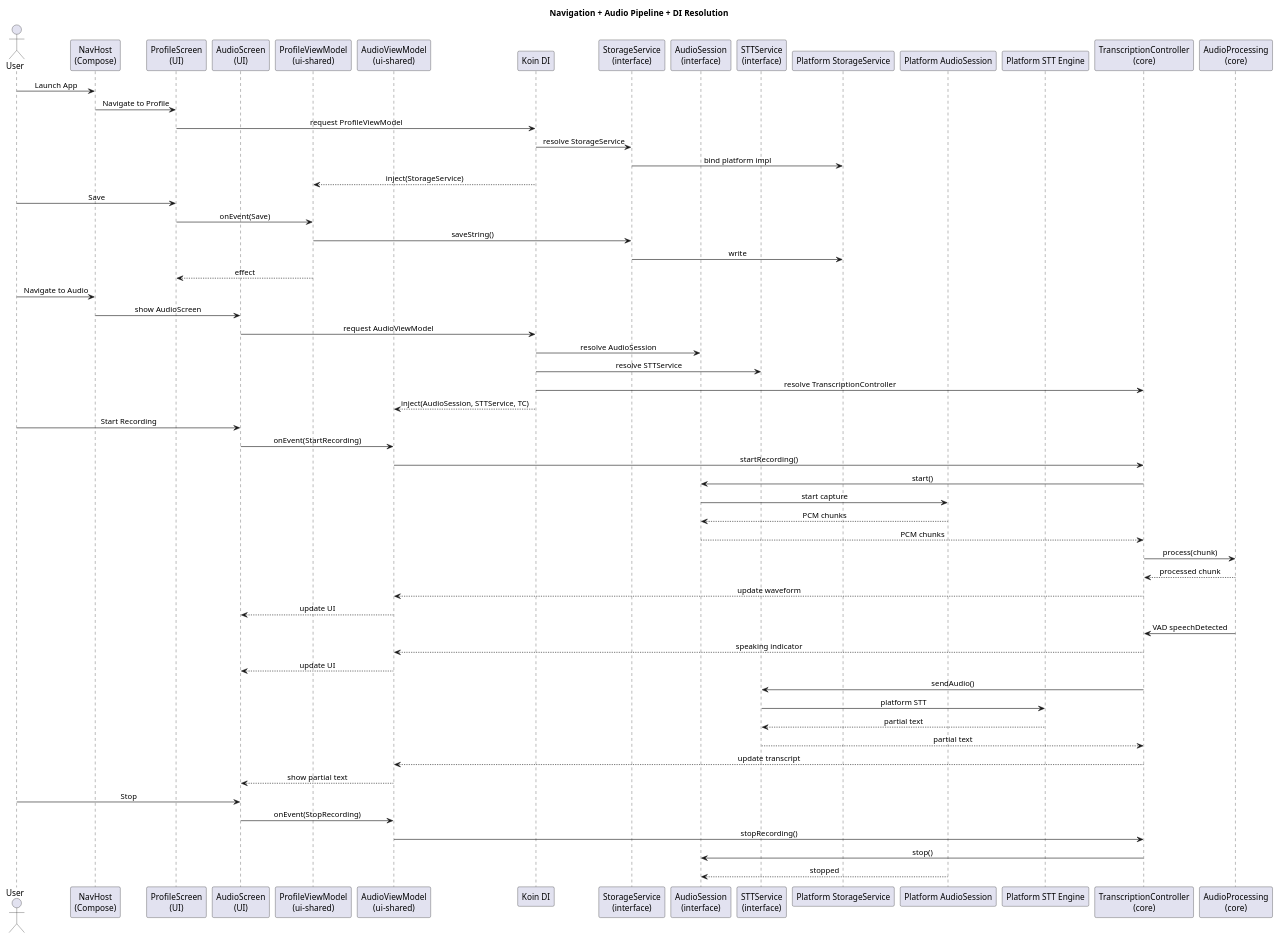
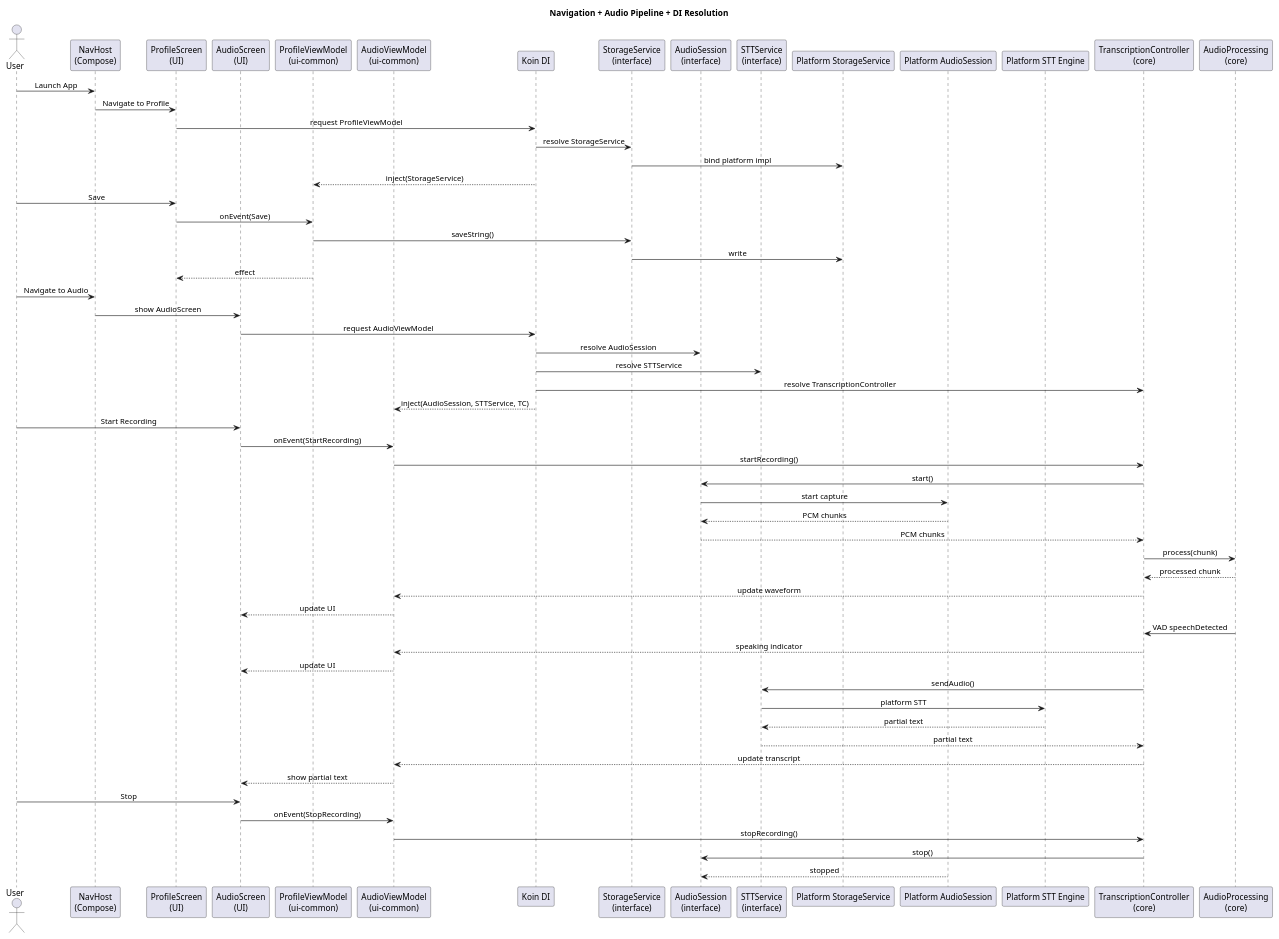
One commit to sildeag/sound2text changed the second of 2 diagrams in docs/architecture/04_runtime_profile_storage.puml. Above: the diagram before and after it, drawn with PlantUML. The commit also changed other lines of this file and 253 other files, not shown here.

```diff
--- a/docs/architecture/04_runtime_profile_storage.puml
+++ b/docs/architecture/04_runtime_profile_storage.puml
@@ -34,64 +34,64 @@
 @startuml
 title Navigation + Audio Pipeline + DI Resolution
 skinparam shadowing false
 skinparam defaultTextAlignment center
 skinparam packageStyle rectangle
 actor User
 participant "NavHost\n(Compose)" as Nav
 participant "ProfileScreen\n(UI)" as ProfileUI
 participant "AudioScreen\n(UI)" as AudioUI
-participant "ProfileViewModel\n(ui-shared)" as ProfileVM
-participant "AudioViewModel\n(ui-shared)" as AudioVM
+participant "ProfileViewModel\n(ui-common)" as ProfileVM
+participant "AudioViewModel\n(ui-common)" as AudioVM
 participant "Koin DI" as DI
 participant "StorageService\n(interface)" as SS
 participant "AudioSession\n(interface)" as AS
 participant "STTService\n(interface)" as STT
 participant "Platform StorageService" as PSS
 participant "Platform AudioSession" as PAS
 participant "Platform STT Engine" as PSTT
 participant "TranscriptionController\n(core)" as TC
 participant "AudioProcessing\n(core)" as DSP
 User -> Nav: Launch App
 Nav -> ProfileUI: Navigate to Profile
 ProfileUI -> DI: request ProfileViewModel
 DI -> SS: resolve StorageService
 SS -> PSS: bind platform impl
 DI --> ProfileVM: inject(StorageService)
 User -> ProfileUI: Save
 ProfileUI -> ProfileVM: onEvent(Save)
 ProfileVM -> SS: saveString()
 SS -> PSS: write
 ProfileVM --> ProfileUI: effect
 User -> Nav: Navigate to Audio
 Nav -> AudioUI: show AudioScreen
 AudioUI -> DI: request AudioViewModel
 DI -> AS: resolve AudioSession
 DI -> STT: resolve STTService
 DI -> TC: resolve TranscriptionController
 DI --> AudioVM: inject(AudioSession, STTService, TC)
 User -> AudioUI: Start Recording
 AudioUI -> AudioVM: onEvent(StartRecording)
 AudioVM -> TC: startRecording()
 TC -> AS: start()
 AS -> PAS: start capture
 PAS --> AS: PCM chunks
 AS --> TC: PCM chunks
 TC -> DSP: process(chunk)
 DSP --> TC: processed chunk
 TC --> AudioVM: update waveform
 AudioVM --> AudioUI: update UI
 DSP -> TC: VAD speechDetected
 TC --> AudioVM: speaking indicator
 AudioVM --> AudioUI: update UI
 TC -> STT: sendAudio()
 STT -> PSTT: platform STT
 PSTT --> STT: partial text
 STT --> TC: partial text
 TC --> AudioVM: update transcript
 AudioVM --> AudioUI: show partial text
 User -> AudioUI: Stop
 AudioUI -> AudioVM: onEvent(StopRecording)
 AudioVM -> TC: stopRecording()
 TC -> AS: stop()
 PAS --> AS: stopped
 @enduml
```
